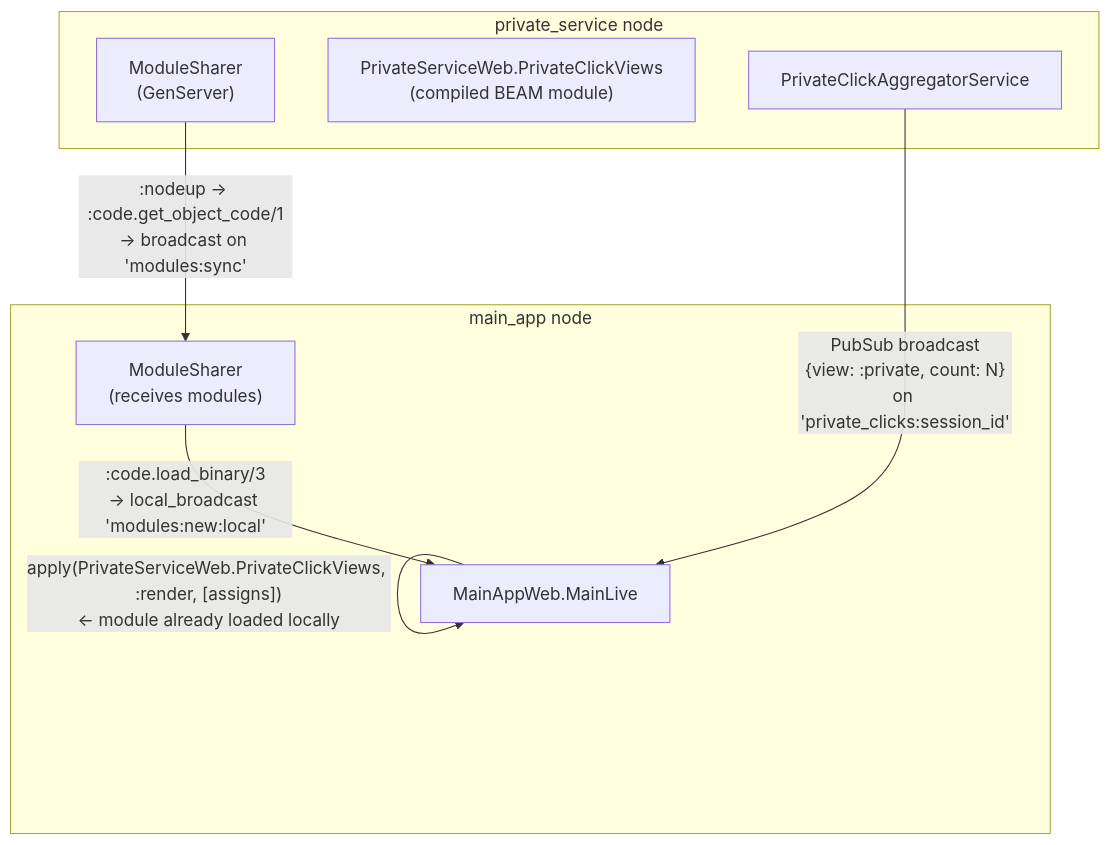
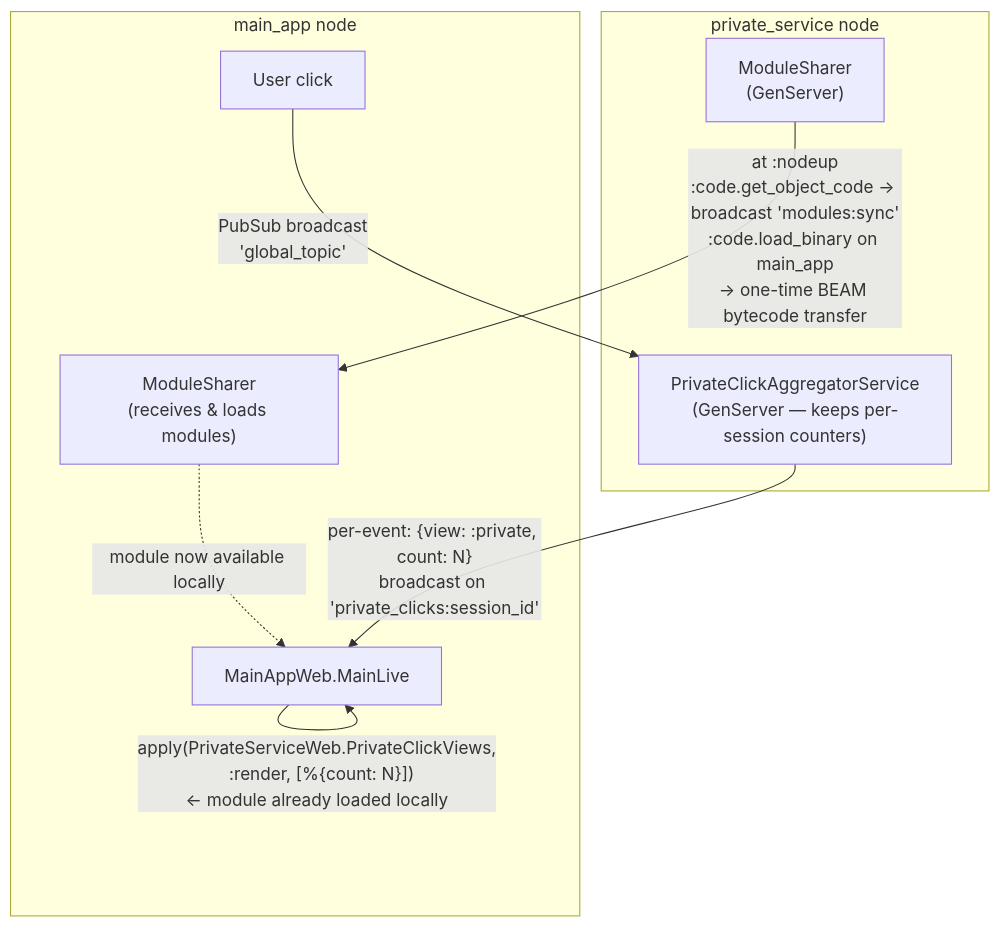
The third of 3 diagrams in README.md (d-led/independent_liveview_components_experiment), drawn with Mermaid before and after one commit. The commit also changed other lines of this file and 1 other file, not shown here.

Commit message:
docs(antigravity): update architecture documentation to include aggregator GenServer and add remote images to docker-compose

````diff
--- a/README.md
+++ b/README.md
@@ -80,20 +80,20 @@
 ```mermaid
 flowchart TD
     subgraph private_service["private_service node"]
         PSModuleSharer["ModuleSharer\n(GenServer)"]
-        PSViews["PrivateServiceWeb.PrivateClickViews\n(compiled BEAM module)"]
-        PSAgg["PrivateClickAggregatorService"]
+        PSAgg["PrivateClickAggregatorService\n(GenServer — keeps per-session counters)"]
     end
 
     subgraph main_app["main_app node"]
-        MAModuleSharer["ModuleSharer\n(receives modules)"]
+        MAModuleSharer["ModuleSharer\n(receives & loads modules)"]
         MALive["MainAppWeb.MainLive"]
+        ClickEvent["User click"]
     end
 
-    PSModuleSharer -->|":nodeup → :code.get_object_code/1\n→ broadcast on 'modules:sync'"| MAModuleSharer
-    MAModuleSharer -->|":code.load_binary/3\n→ local_broadcast 'modules:new:local'"| MALive
+    PSModuleSharer -->|"at :nodeup\n:code.get_object_code → broadcast 'modules:sync'\n:code.load_binary on main_app\n→ one-time BEAM bytecode transfer"| MAModuleSharer
+    MAModuleSharer -.->|"module now available locally"| MALive
 
-    PSAgg -->|"PubSub broadcast\n{view: :private, count: N}\non 'private_clicks:session_id'"| MALive
-
-    MALive -->|"apply(PrivateServiceWeb.PrivateClickViews, :render, [assigns])\n← module already loaded locally"| MALive
+    ClickEvent -->|"PubSub broadcast\n'global_topic'"| PSAgg
+    PSAgg -->|"per-event: {view: :private, count: N}\nbroadcast on 'private_clicks:session_id'"| MALive
+    MALive -->|"apply(PrivateServiceWeb.PrivateClickViews,\n  :render, [%{count: N}])\n← module already loaded locally"| MALive
 ```
````
